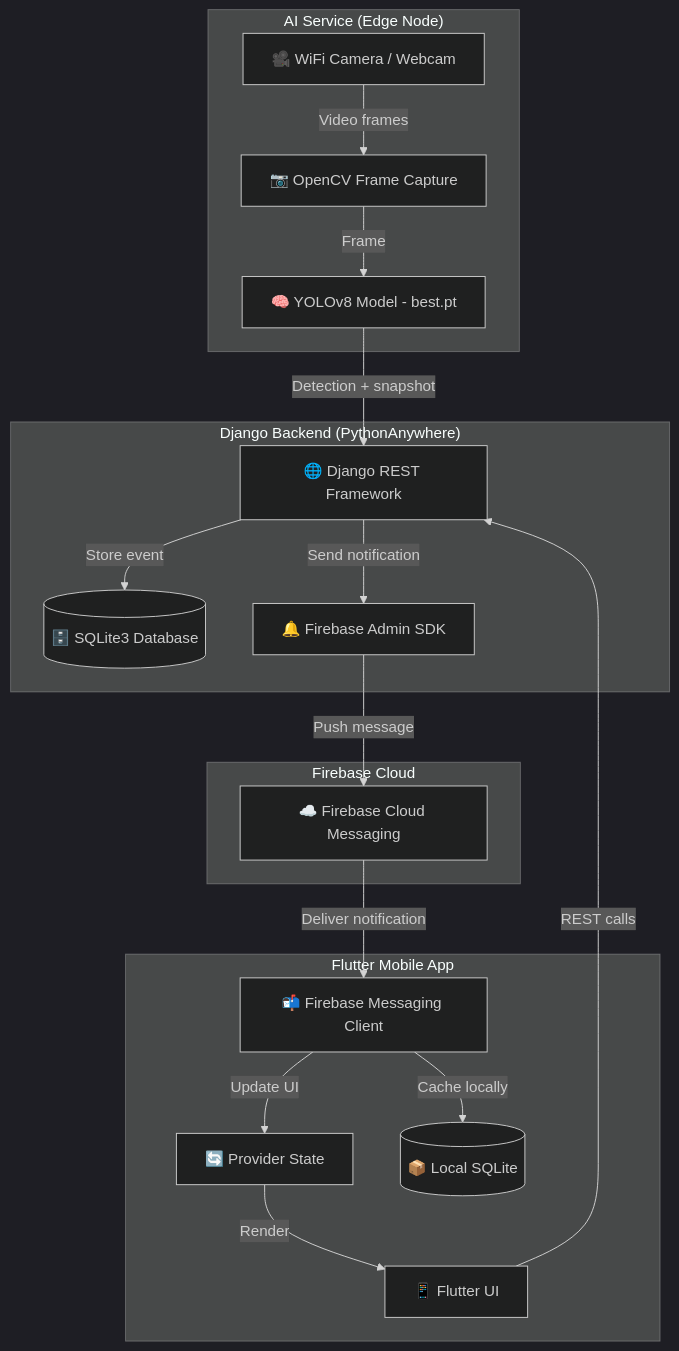
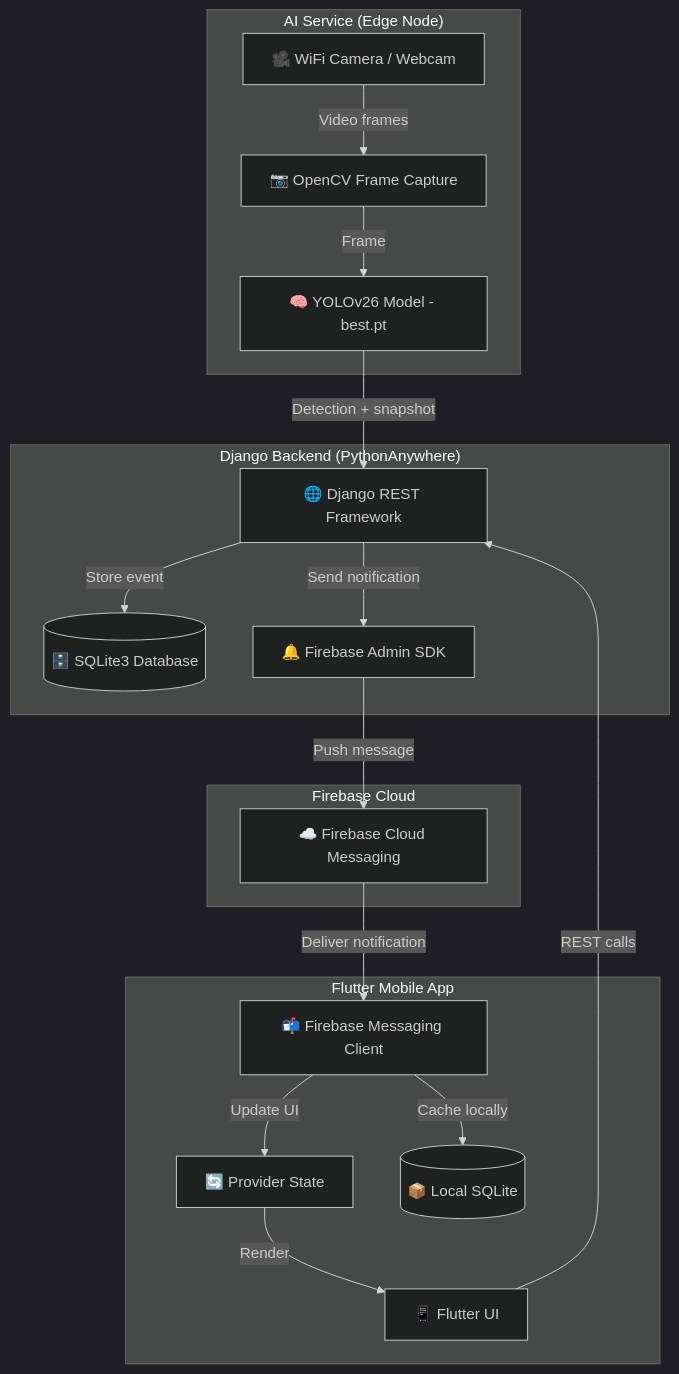
One commit to mostafaabdoelgohary2003AI/fireguard-graduation-project changed the first of 7 diagrams in README.md. Above: the diagram before and after it, drawn with Mermaid (dark theme). The commit also changed other lines of this file, not shown here.

````diff
--- a/README.md
+++ b/README.md
@@ -113,37 +113,37 @@
 ```mermaid
 graph TB
     subgraph AI["AI Service (Edge Node)"]
         CAM[🎥 WiFi Camera / Webcam]
-        YOLO[🧠 YOLOv8 Model - best.pt]
+        YOLO[🧠 YOLOv26 Model - best.pt]
         CV[📷 OpenCV Frame Capture]
     end
 
     subgraph BACKEND["Django Backend (PythonAnywhere)"]
         API[🌐 Django REST Framework]
         DB[(🗄️ SQLite3 Database)]
         FCM_SRV[🔔 Firebase Admin SDK]
     end
 
     subgraph MOBILE["Flutter Mobile App"]
         UI[📱 Flutter UI]
         PROV[🔄 Provider State]
         FCM_CLI[📬 Firebase Messaging Client]
         LOCAL_DB[(📦 Local SQLite)]
     end
 
     subgraph FIREBASE["Firebase Cloud"]
         FCM[☁️ Firebase Cloud Messaging]
     end
 
     CAM -->|Video frames| CV
     CV -->|Frame| YOLO
     YOLO -->|Detection + snapshot| API
     API -->|Store event| DB
     API -->|Send notification| FCM_SRV
     FCM_SRV -->|Push message| FCM
     FCM -->|Deliver notification| FCM_CLI
     FCM_CLI -->|Update UI| PROV
     PROV -->|Render| UI
     FCM_CLI -->|Cache locally| LOCAL_DB
     UI -->|REST calls| API
 ```
````
